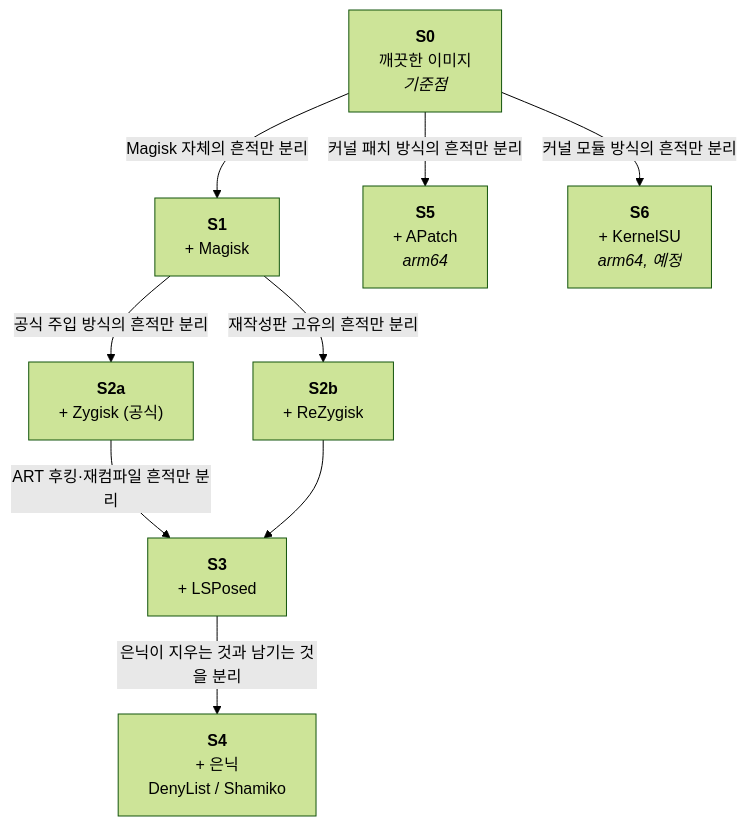
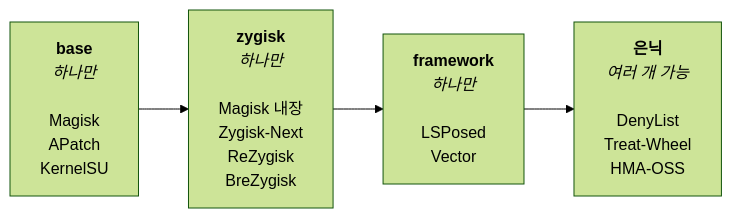
One commit to developer-inka/test changed the second of 2 diagrams in README.ko.md. Above: the diagram before and after it, drawn with Mermaid (forest theme). The commit also changed other lines of this file, not shown here.

````diff
--- a/README.ko.md
+++ b/README.ko.md
@@ -151,20 +163,9 @@
 ```mermaid
-flowchart TD
-    S0["<b>S0</b><br/>깨끗한 이미지<br/><i>기준점</i>"]
-    S1["<b>S1</b><br/>+ Magisk"]
-    S2a["<b>S2a</b><br/>+ Zygisk (공식)"]
-    S2b["<b>S2b</b><br/>+ ReZygisk"]
-    S3["<b>S3</b><br/>+ LSPosed"]
-    S4["<b>S4</b><br/>+ 은닉<br/>DenyList / Shamiko"]
-    S5["<b>S5</b><br/>+ APatch<br/><i>arm64</i>"]
-    S6["<b>S6</b><br/>+ KernelSU<br/><i>arm64, 예정</i>"]
+flowchart LR
+    B["<b>base</b><br/><i>하나만</i><br/><br/>Magisk<br/>APatch<br/>KernelSU"]
+    Z["<b>zygisk</b><br/><i>하나만</i><br/><br/>Magisk 내장<br/>Zygisk-Next<br/>ReZygisk<br/>BreZygisk"]
+    F["<b>framework</b><br/><i>하나만</i><br/><br/>LSPosed<br/>Vector"]
+    H["<b>은닉</b><br/><i>여러 개 가능</i><br/><br/>DenyList<br/>Treat-Wheel<br/>HMA-OSS"]
 
-    S0 -->|"Magisk 자체의 흔적만 분리"| S1
-    S1 -->|"공식 주입 방식의 흔적만 분리"| S2a
-    S1 -->|"재작성판 고유의 흔적만 분리"| S2b
-    S2a -->|"ART 후킹·재컴파일 흔적만 분리"| S3
-    S2b --> S3
-    S3 -->|"은닉이 지우는 것과 남기는 것을 분리"| S4
-    S0 -->|"커널 패치 방식의 흔적만 분리"| S5
-    S0 -->|"커널 모듈 방식의 흔적만 분리"| S6
+    B --> Z --> F --> H
 ```
````
